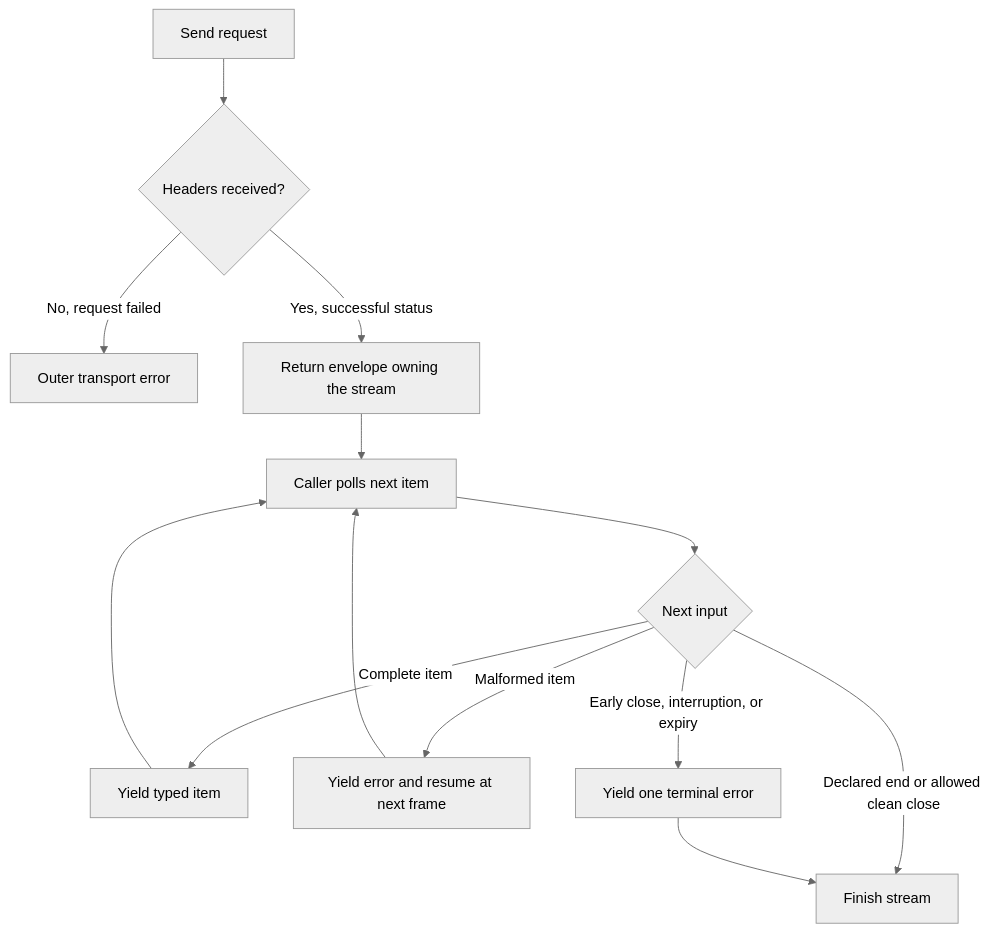
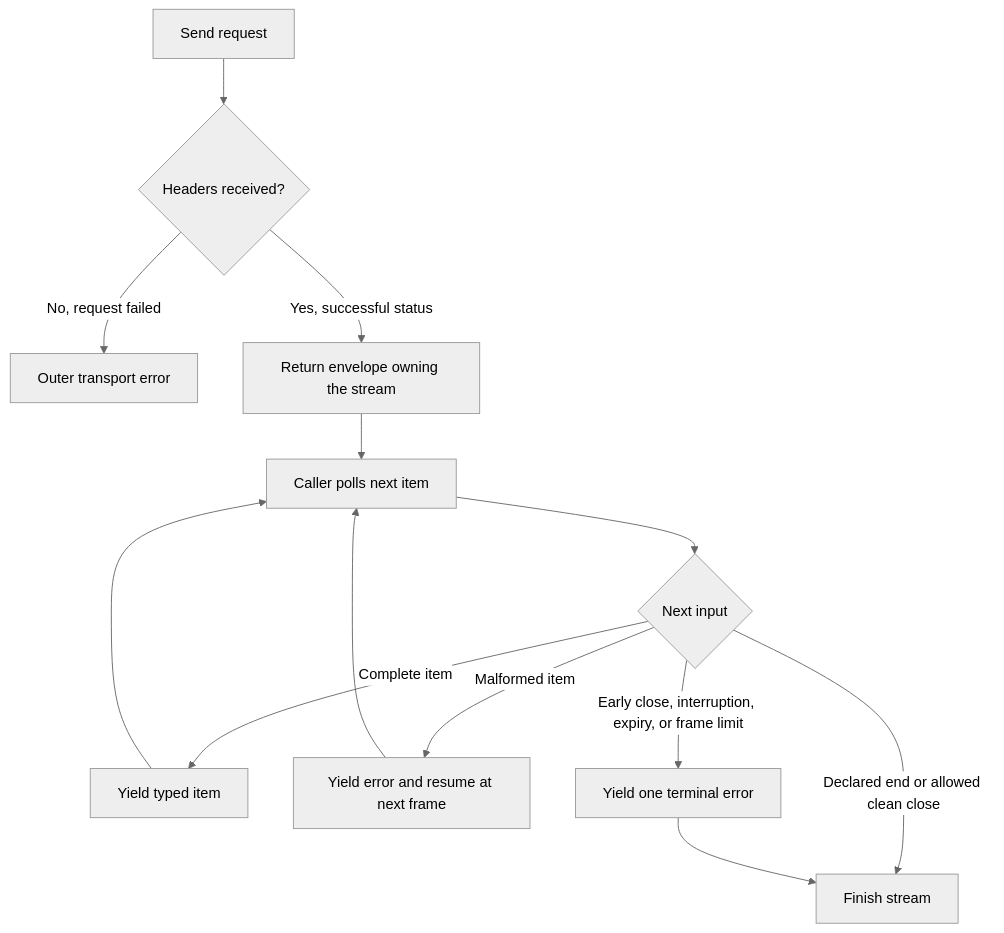
Before and after one commit to yankeeinlondon/rusty-biscuit: the diagram in schematic/features/2026-10-16-schematic-response-model-graphql/spec.md, drawn with Mermaid (neutral theme). The commit also changed other lines of this file and 8 other files, not shown here.

First line of the commit message:
planning(schematic): record macro-review decision D57

````diff
--- a/schematic/features/2026-10-16-schematic-response-model-graphql/spec.md
+++ b/schematic/features/2026-10-16-schematic-response-model-graphql/spec.md
@@ -791,15 +851,15 @@
 ```mermaid
 flowchart TD
     Send[Send request] --> Headers{Headers received?}
     Headers -->|No, request failed| Transport[Outer transport error]
     Headers -->|Yes, successful status| Envelope[Return envelope owning the stream]
     Envelope --> Poll[Caller polls next item]
     Poll --> Frame{Next input}
     Frame -->|Complete item| Item[Yield typed item]
     Item --> Poll
     Frame -->|Malformed item| Malformed[Yield error and resume at next frame]
     Malformed --> Poll
     Frame -->|Declared end or allowed clean close| Done[Finish stream]
-    Frame -->|Early close, interruption, or expiry| Terminal[Yield one terminal error]
+    Frame -->|Early close, interruption, expiry, or frame limit| Terminal[Yield one terminal error]
     Terminal --> Done
 ```
````
